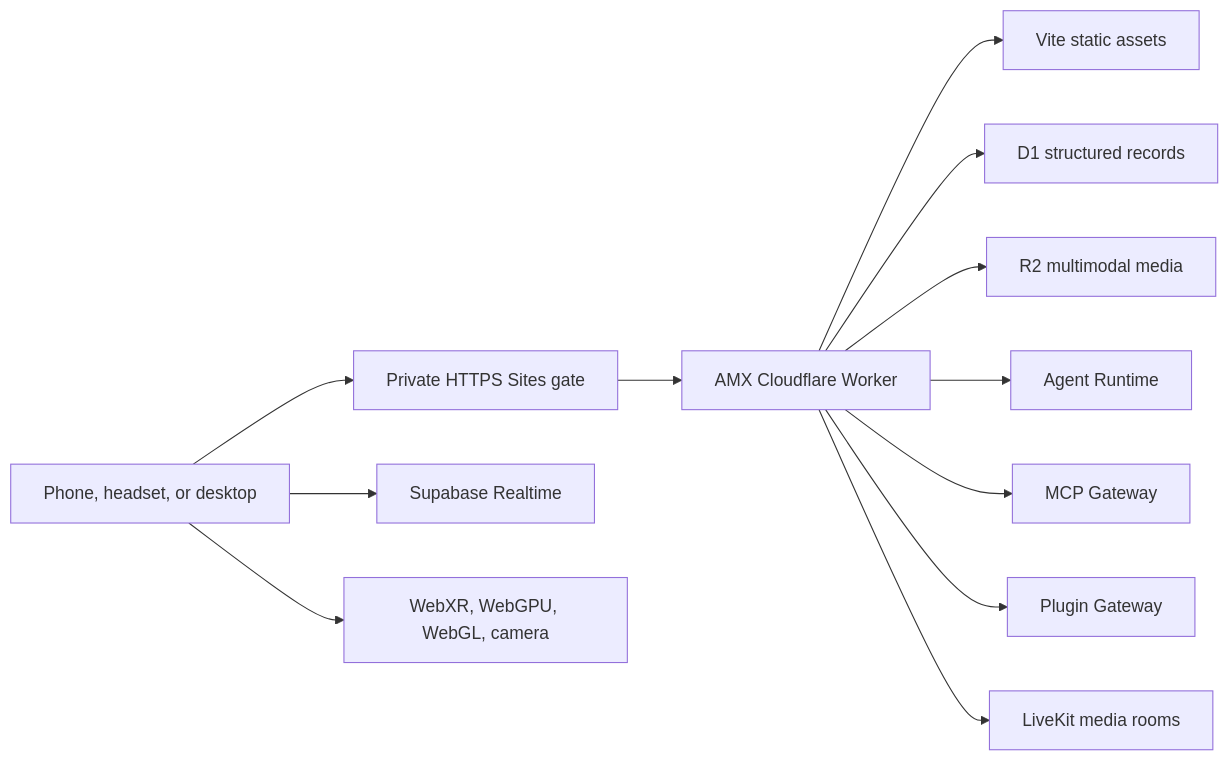
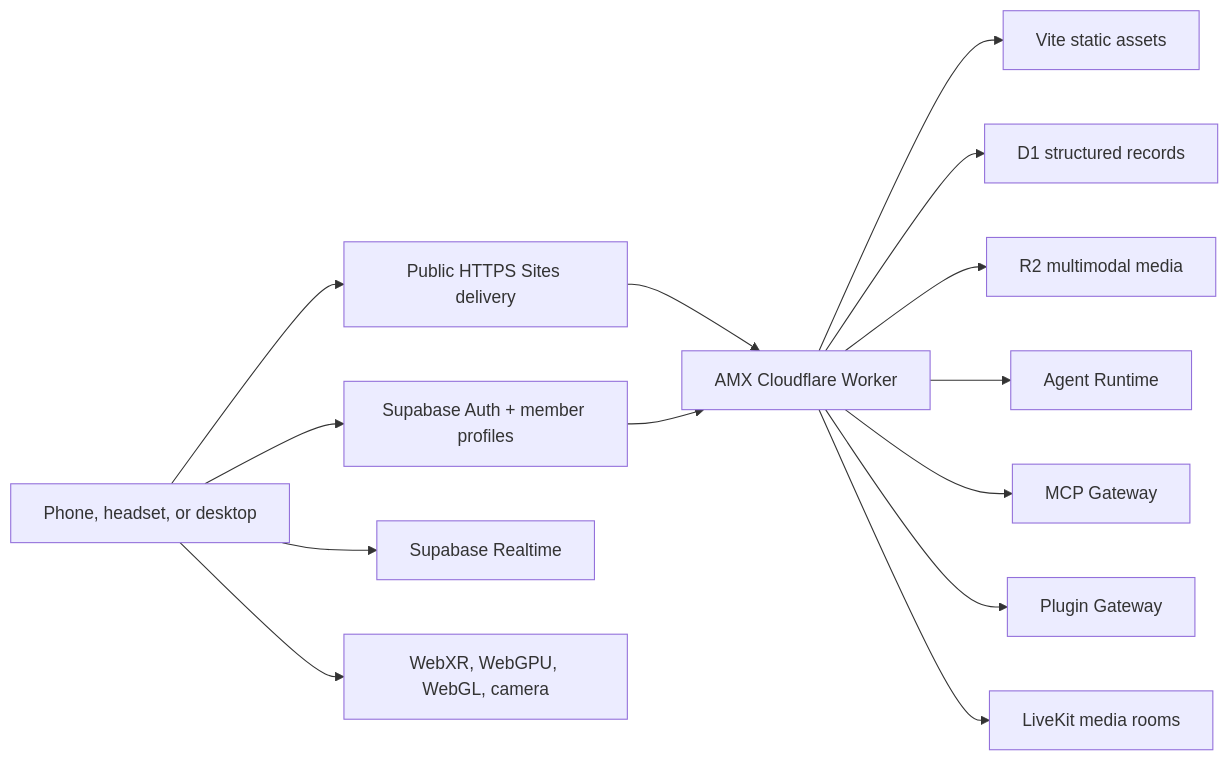
One commit to Zo-hund/Zo-hund-paperclip-surfer changed the diagram in amx-air-hubs/docs/ARCHITECTURE.md. Above: the diagram before and after it, drawn with Mermaid. The commit also changed other lines of this file and 20 other files, not shown here.

Commit message:
feat: add public and private member accounts

````diff
--- a/amx-air-hubs/docs/ARCHITECTURE.md
+++ b/amx-air-hubs/docs/ARCHITECTURE.md
@@ -5,14 +5,16 @@
 ```mermaid
 flowchart LR
-  User["Phone, headset, or desktop"] --> Sites["Private HTTPS Sites gate"]
+  User["Phone, headset, or desktop"] --> Sites["Public HTTPS Sites delivery"]
+  User --> Auth["Supabase Auth + member profiles"]
   Sites --> Worker["AMX Cloudflare Worker"]
   Worker --> Assets["Vite static assets"]
   Worker --> D1["D1 structured records"]
   Worker --> R2["R2 multimodal media"]
   Worker --> Agent["Agent Runtime"]
   Worker --> MCP["MCP Gateway"]
   Worker --> Plugins["Plugin Gateway"]
   Worker --> LiveKit["LiveKit media rooms"]
   User --> Supabase["Supabase Realtime"]
+  Auth --> Worker
   User --> WebXR["WebXR, WebGPU, WebGL, camera"]
 ```
````
